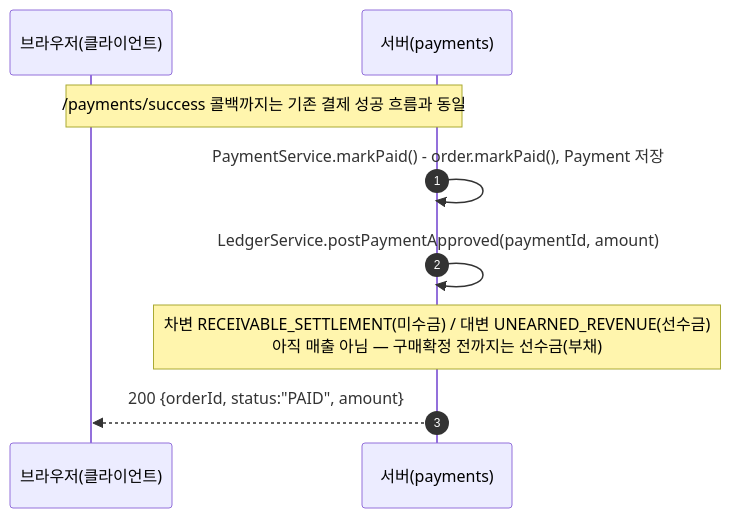
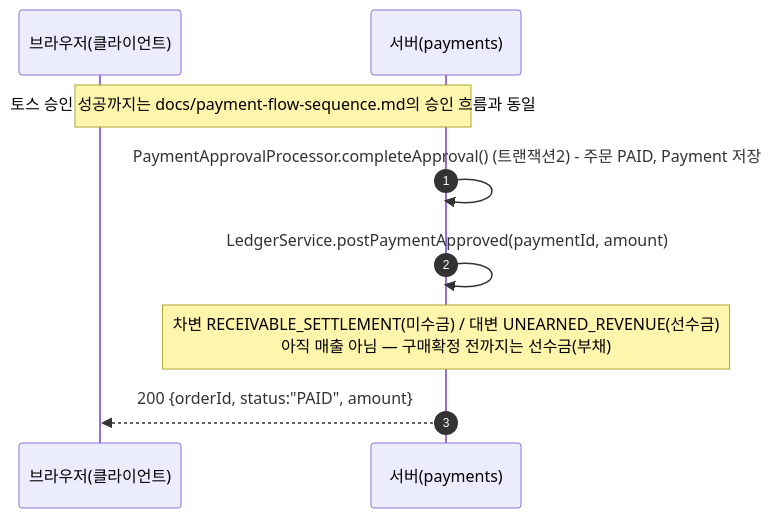
The first of 4 diagrams in docs/settlement-ledger-flow-sequence.md (ms-ssam/payments), drawn with Mermaid before and after one commit. The commit also changed other lines of this file and 2 other files, not shown here.

Commit message:
문서: 흐름 문서와 README를 트랜잭션 분리·대사 배치 구현에 맞게 갱신

````diff
--- a/docs/settlement-ledger-flow-sequence.md
+++ b/docs/settlement-ledger-flow-sequence.md
@@ -7,13 +7,13 @@
 ```mermaid
 sequenceDiagram
     autonumber
     participant B as 브라우저(클라이언트)
     participant S as 서버(payments)
 
-    Note over B,S: /payments/success 콜백까지는 기존 결제 성공 흐름과 동일
+    Note over B,S: 토스 승인 성공까지는 docs/payment-flow-sequence.md의 승인 흐름과 동일
 
-    S->>S: PaymentService.markPaid() - order.markPaid(), Payment 저장
+    S->>S: PaymentApprovalProcessor.completeApproval() (트랜잭션2) - 주문 PAID, Payment 저장
     S->>S: LedgerService.postPaymentApproved(paymentId, amount)
     Note over S: 차변 RECEIVABLE_SETTLEMENT(미수금) / 대변 UNEARNED_REVENUE(선수금)<br/>아직 매출 아님 — 구매확정 전까지는 선수금(부채)
     S-->>B: 200 {orderId, status:"PAID", amount}
 ```
````
